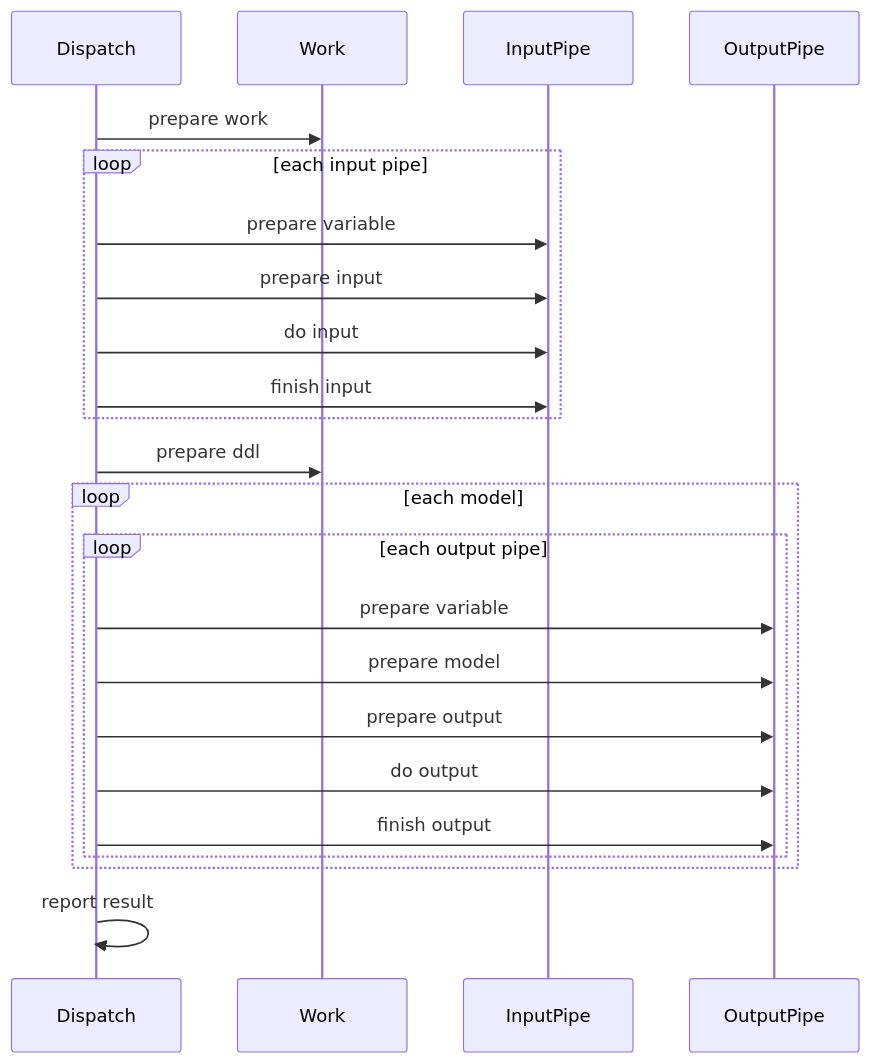
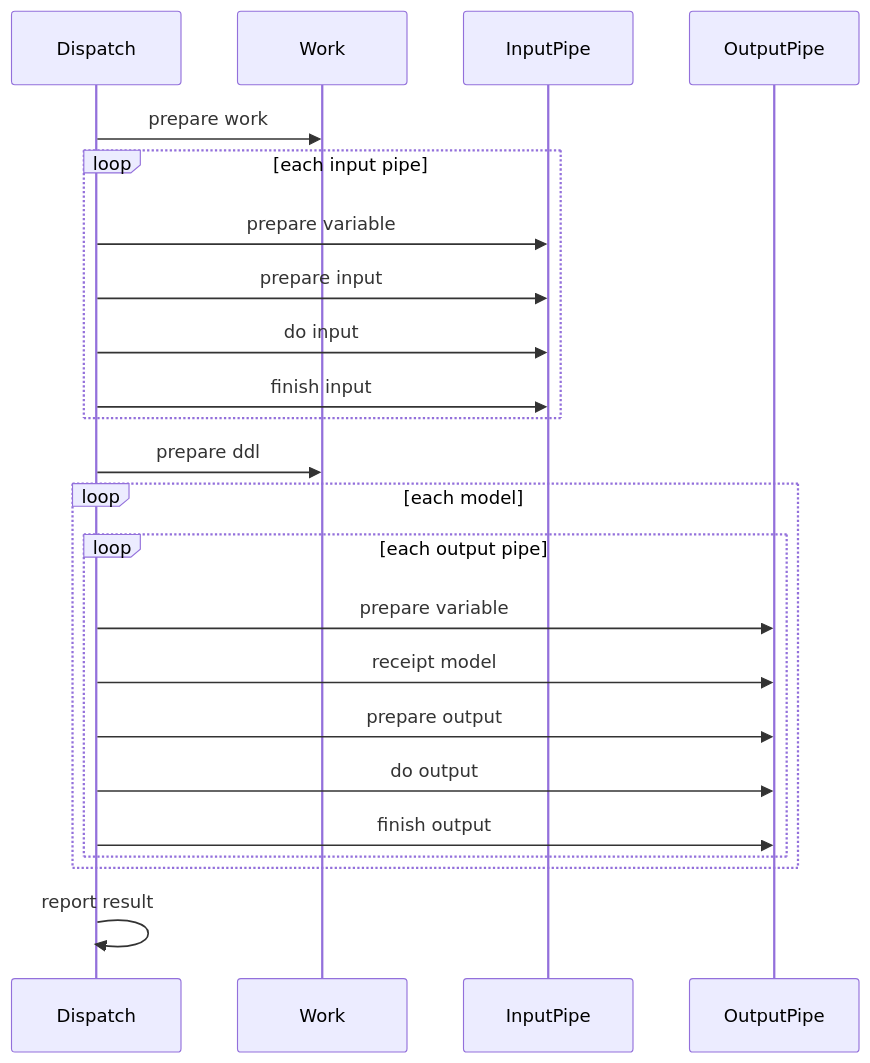
The second of 2 diagrams in dotnet/src/VSExtension/DBToClass/readme.md (athinboy/mystudy), drawn with Mermaid before and after one commit. The commit also changed 31 other files, not shown here.

````diff
--- a/dotnet/src/VSExtension/DBToClass/readme.md
+++ b/dotnet/src/VSExtension/DBToClass/readme.md
@@ -44,22 +44,22 @@
 ```mermaid
     sequenceDiagram 
     Dispatch ->> Work: prepare work    
     loop each input pipe
          
         Dispatch ->> InputPipe: prepare variable
         Dispatch ->> InputPipe: prepare input
         Dispatch ->> InputPipe: do input
         Dispatch ->> InputPipe: finish input 
     end     
     Dispatch ->> Work:prepare ddl
     loop each model
         loop each output pipe
             Dispatch ->> OutputPipe: prepare variable
-            Dispatch ->> OutputPipe: prepare model
+            Dispatch ->> OutputPipe: receipt  model
             Dispatch ->> OutputPipe: prepare output
             Dispatch ->> OutputPipe: do output       
             Dispatch ->> OutputPipe: finish output 
         end
     end
     Dispatch ->> Dispatch: report result
 ```
````
